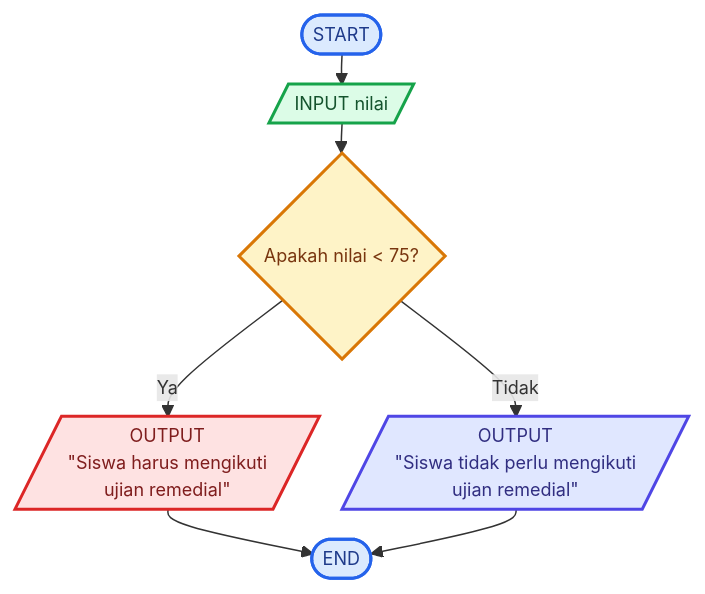
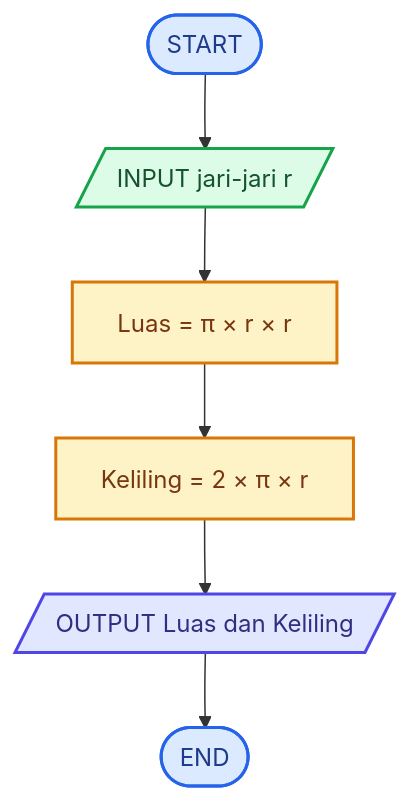
One commit to FikriYustiawann/KELAS-3-E-ALGORITMA-PEMOGRAMAN changed the diagram in README.md. Above: the diagram before and after it, drawn with Mermaid. The commit also changed other lines of this file, not shown here.

````diff
--- a/README.md
+++ b/README.md
@@ -26,29 +26,15 @@
 ```mermaid
-%%{init: {
-  "themeVariables": {
-    "fontSize": "12px"
-  },
-  "flowchart": {
-    "nodeSpacing": 15,
-    "rankSpacing": 20,
-    "padding": 8
-  }
-}}%%
-
 flowchart TD
-    A([START]) --> B[/INPUT nilai/]
-    B --> C{Apakah nilai < 75?}
-
-    C -->|Ya| D[/OUTPUT<br/>"Siswa harus mengikuti<br/>ujian remedial"/]
-    C -->|Tidak| E[/OUTPUT<br/>"Siswa tidak perlu mengikuti<br/>ujian remedial"/]
-
-    D --> F([END])
-    E --> F
+    A([START]) --> B[/INPUT jari-jari r/]
+    B --> C[Luas = π × r × r]
+    C --> D[Keliling = 2 × π × r]
+    D --> E[/OUTPUT Luas dan Keliling/]
+    E --> F([END])
 
     style A fill:#dbeafe,stroke:#2563eb,stroke-width:2px,color:#1e3a8a
     style B fill:#dcfce7,stroke:#16a34a,stroke-width:2px,color:#14532d
     style C fill:#fef3c7,stroke:#d97706,stroke-width:2px,color:#78350f
-    style D fill:#fee2e2,stroke:#dc2626,stroke-width:2px,color:#7f1d1d
+    style D fill:#fef3c7,stroke:#d97706,stroke-width:2px,color:#78350f
     style E fill:#e0e7ff,stroke:#4f46e5,stroke-width:2px,color:#312e81
     style F fill:#dbeafe,stroke:#2563eb,stroke-width:2px,color:#1e3a8a
 ```
````
